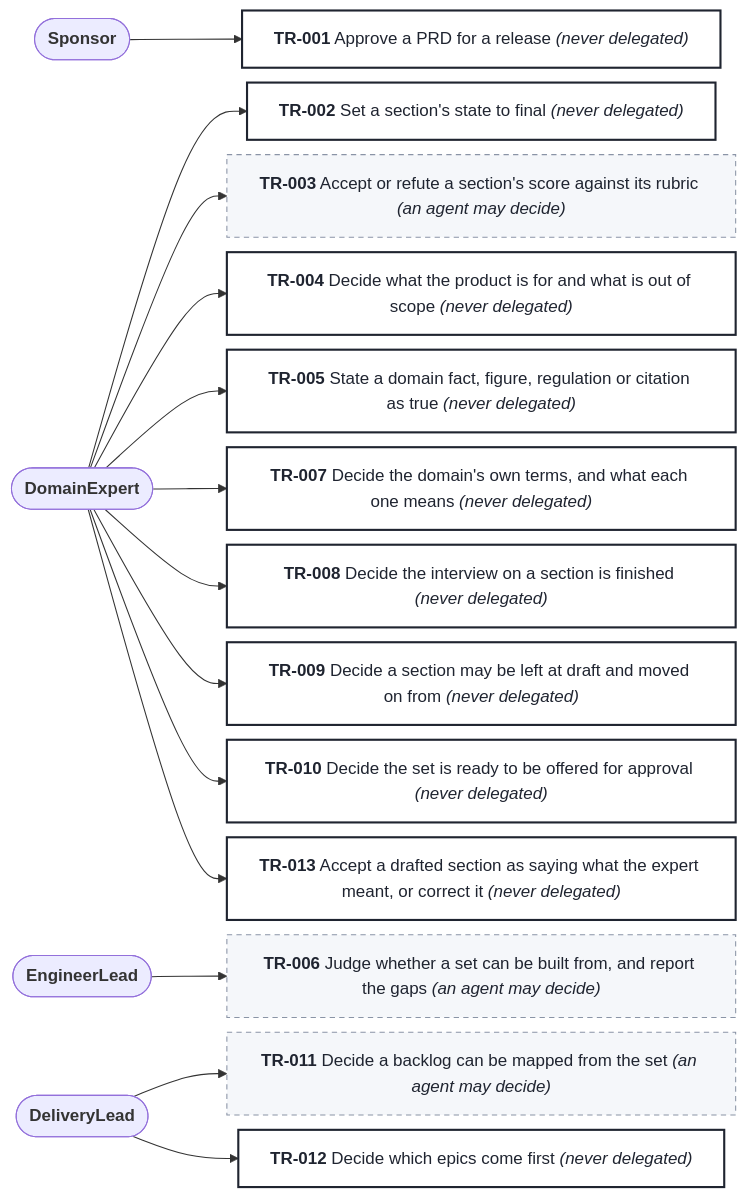
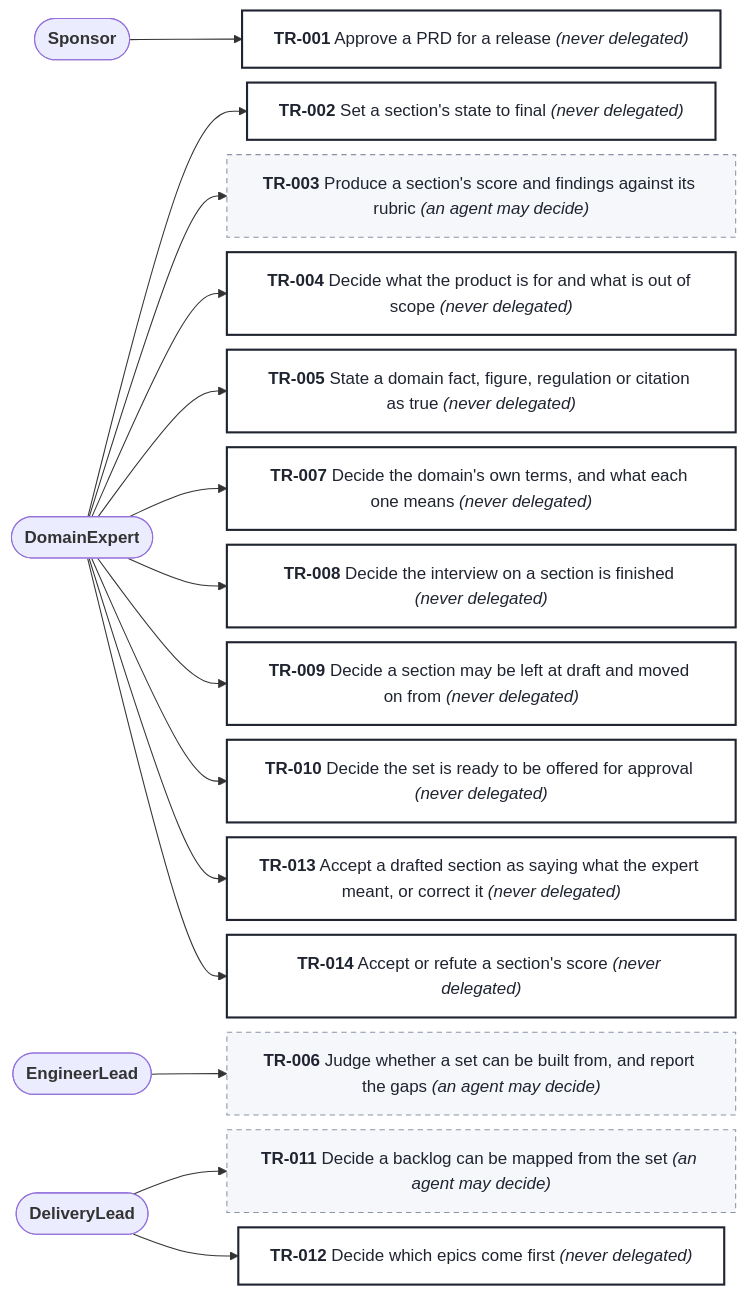
One commit to SpillwaveSolutions/prd-forge changed the diagram in docs/prd/prd-forge/diagrams/decision-rights.mmd. Above: the diagram before and after it, drawn with Mermaid. The commit also changed 18 other files, not shown here.

```diff
--- a/docs/prd/prd-forge/diagrams/decision-rights.mmd
+++ b/docs/prd/prd-forge/diagrams/decision-rights.mmd
@@ -1,49 +1,52 @@
 %% Generated by prd-diagrams.mjs from the decision rights front matter. Do not edit.
 %%{init: {"flowchart": {"wrappingWidth": 420, "nodeSpacing": 14, "rankSpacing": 70}}}%%
 flowchart LR
   APER003(["<b>Sponsor</b>"])
   APER001(["<b>DomainExpert</b>"])
   APER002(["<b>EngineerLead</b>"])
   APER004(["<b>DeliveryLead</b>"])
   DTR001["<b>TR-001</b> Approve a PRD for a release <i>(never delegated)</i>"]
   APER003 --> DTR001
   DTR002["<b>TR-002</b> Set a section's state to final <i>(never delegated)</i>"]
   APER001 --> DTR002
-  DTR003["<b>TR-003</b> Accept or refute a section's score against its rubric <i>(an agent may decide)</i>"]
+  DTR003["<b>TR-003</b> Produce a section's score and findings against its rubric <i>(an agent may decide)</i>"]
   APER001 --> DTR003
   DTR004["<b>TR-004</b> Decide what the product is for and what is out of scope <i>(never delegated)</i>"]
   APER001 --> DTR004
   DTR005["<b>TR-005</b> State a domain fact, figure, regulation or citation as true <i>(never delegated)</i>"]
   APER001 --> DTR005
   DTR006["<b>TR-006</b> Judge whether a set can be built from, and report the gaps <i>(an agent may decide)</i>"]
   APER002 --> DTR006
   DTR007["<b>TR-007</b> Decide the domain's own terms, and what each one means <i>(never delegated)</i>"]
   APER001 --> DTR007
   DTR008["<b>TR-008</b> Decide the interview on a section is finished <i>(never delegated)</i>"]
   APER001 --> DTR008
   DTR009["<b>TR-009</b> Decide a section may be left at draft and moved on from <i>(never delegated)</i>"]
   APER001 --> DTR009
   DTR010["<b>TR-010</b> Decide the set is ready to be offered for approval <i>(never delegated)</i>"]
   APER001 --> DTR010
   DTR011["<b>TR-011</b> Decide a backlog can be mapped from the set <i>(an agent may decide)</i>"]
   APER004 --> DTR011
   DTR012["<b>TR-012</b> Decide which epics come first <i>(never delegated)</i>"]
   APER004 --> DTR012
   DTR013["<b>TR-013</b> Accept a drafted section as saying what the expert meant, or correct it <i>(never delegated)</i>"]
   APER001 --> DTR013
+  DTR014["<b>TR-014</b> Accept or refute a section's score <i>(never delegated)</i>"]
+  APER001 --> DTR014
   classDef never fill:#FFFFFF,stroke:#1F2430,stroke-width:2px,color:#1F2430
   classDef agent fill:#F5F7FA,stroke:#8A94A6,stroke-dasharray:5 4,color:#1F2430
   classDef person fill:#F5F7FA,stroke:#8A94A6,color:#1F2430
   class DTR001 never
   class DTR002 never
   class DTR003 agent
   class DTR004 never
   class DTR005 never
   class DTR006 agent
   class DTR007 never
   class DTR008 never
   class DTR009 never
   class DTR010 never
   class DTR011 agent
   class DTR012 never
   class DTR013 never
+  class DTR014 never
```
